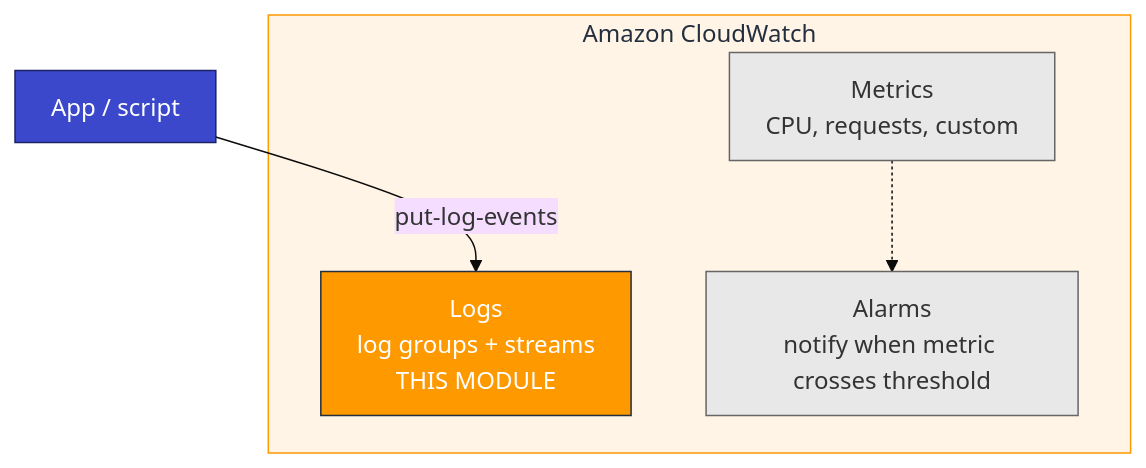
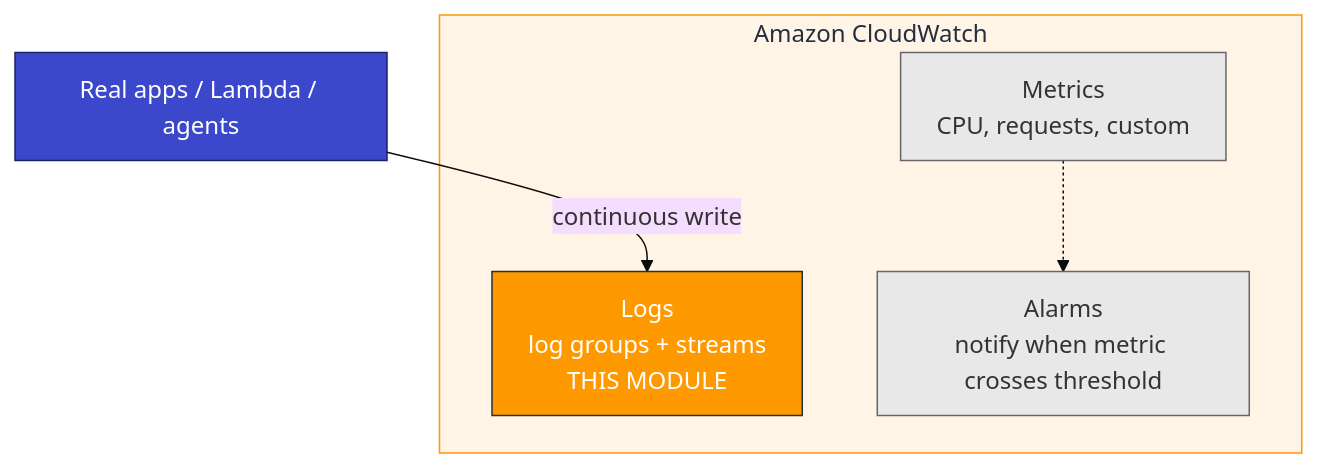
Before and after one commit to atingupta2005/adx-aws-training-aug-26: the first of 2 diagrams in Module_03_AWS_CloudWatch/03_CloudWatch_Primer.md, drawn with Mermaid. The commit also changed other lines of this file and 8 other files, not shown here.

First line of the commit message:
Prefer real-shaped CloudWatch app traffic in Module 03.

````diff
--- a/Module_03_AWS_CloudWatch/03_CloudWatch_Primer.md
+++ b/Module_03_AWS_CloudWatch/03_CloudWatch_Primer.md
@@ -9,17 +9,17 @@
 ```mermaid
 %%{init: {"theme":"base","flowchart":{"htmlLabels":true,"padding":12}}}%%
 flowchart TB
   subgraph cw [Amazon CloudWatch]
     LOGS["Logs<br/>log groups + streams<br/>THIS MODULE"]
     MET["Metrics<br/>CPU, requests, custom"]
     ALM["Alarms<br/>notify when metric crosses threshold"]
   end
-  APP["App / script"]
-  APP -->|"put-log-events"| LOGS
+  APP["Real apps / Lambda / agents"]
+  APP -->|"continuous write"| LOGS
   MET -.-> ALM
   style cw fill:#FFF4E5,stroke:#FF9900,color:#232F3E
   style LOGS fill:#FF9900,stroke:#232F3E,color:#fff
   style MET fill:#E8E8E8,stroke:#666,color:#333
   style ALM fill:#E8E8E8,stroke:#666,color:#333
   style APP fill:#3B48CC,stroke:#1B2266,color:#fff
 ```
````
